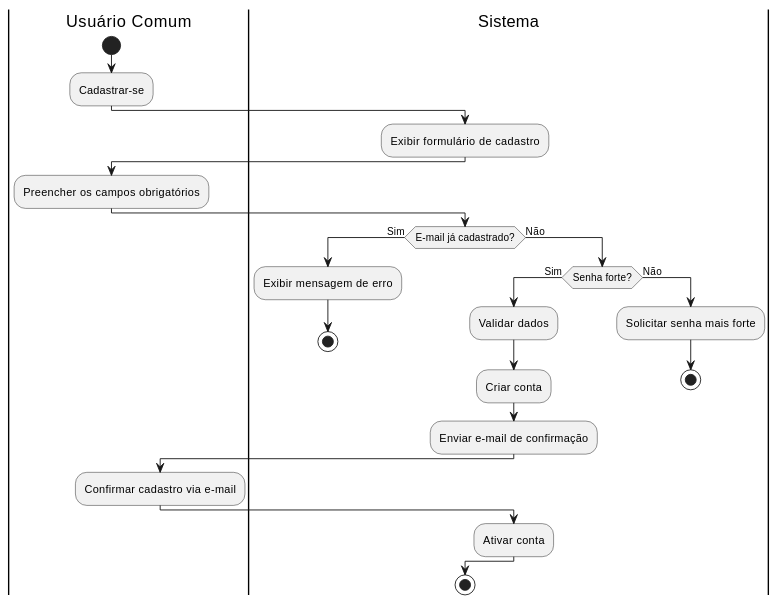
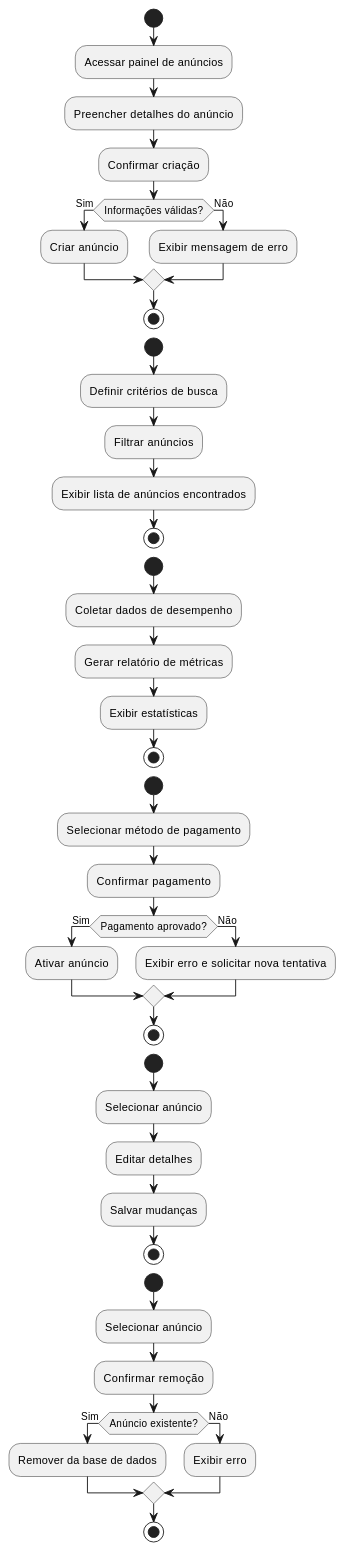
One commit to agu3des/CommunityLink changed the seventh of 16 diagrams in aps/specs/diagrama-de-atividades/uml_diagrama_atividades.md. Above: the diagram before and after it, drawn with PlantUML. The commit also changed other lines of this file and 28 other files, not shown here.

```diff
--- a/aps/specs/diagrama-de-atividades/uml_diagrama_atividades.md
+++ b/aps/specs/diagrama-de-atividades/uml_diagrama_atividades.md
@@ -109,28 +226,50 @@
 @startuml
-|Usuário Comum|
 start
-:Cadastrar-se;
-|Sistema|
-:Exibir formulário de cadastro;
-|Usuário Comum|
-:Preencher os campos obrigatórios;
-|Sistema|
-if (E-mail já cadastrado?) then (Sim)
+:Acessar painel de anúncios;
+:Preencher detalhes do anúncio;
+:Confirmar criação;
+if (Informações válidas?) then (Sim)
+    :Criar anúncio;
+else (Não)
     :Exibir mensagem de erro;
-    stop
+endif
+stop
+
+start
+:Definir critérios de busca;
+:Filtrar anúncios;
+:Exibir lista de anúncios encontrados;
+stop
+
+start
+:Coletar dados de desempenho;
+:Gerar relatório de métricas;
+:Exibir estatísticas;
+stop
+
+start
+:Selecionar método de pagamento;
+:Confirmar pagamento;
+if (Pagamento aprovado?) then (Sim)
+    :Ativar anúncio;
 else (Não)
-    if (Senha forte?) then (Sim)
-        :Validar dados;
-        :Criar conta;
-        :Enviar e-mail de confirmação;
-        |Usuário Comum|
-        :Confirmar cadastro via e-mail;
-        |Sistema|
-        :Ativar conta;
-    else (Não)
-        :Solicitar senha mais forte;
-        stop
-    endif
+    :Exibir erro e solicitar nova tentativa;
+endif
+stop
+
+start
+:Selecionar anúncio;
+:Editar detalhes;
+:Salvar mudanças;
+stop
+
+start
+:Selecionar anúncio;
+:Confirmar remoção;
+if (Anúncio existente?) then (Sim)
+    :Remover da base de dados;
+else (Não)
+    :Exibir erro;
 endif
 stop
 @enduml
```
